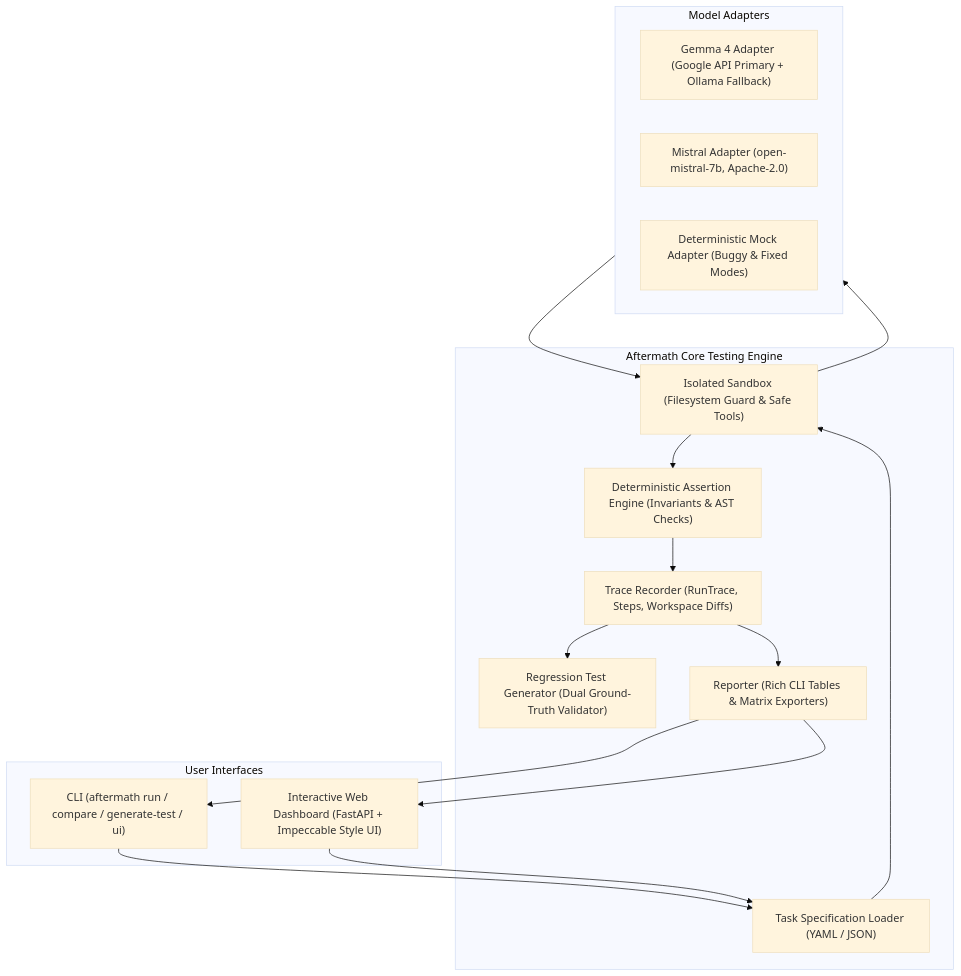
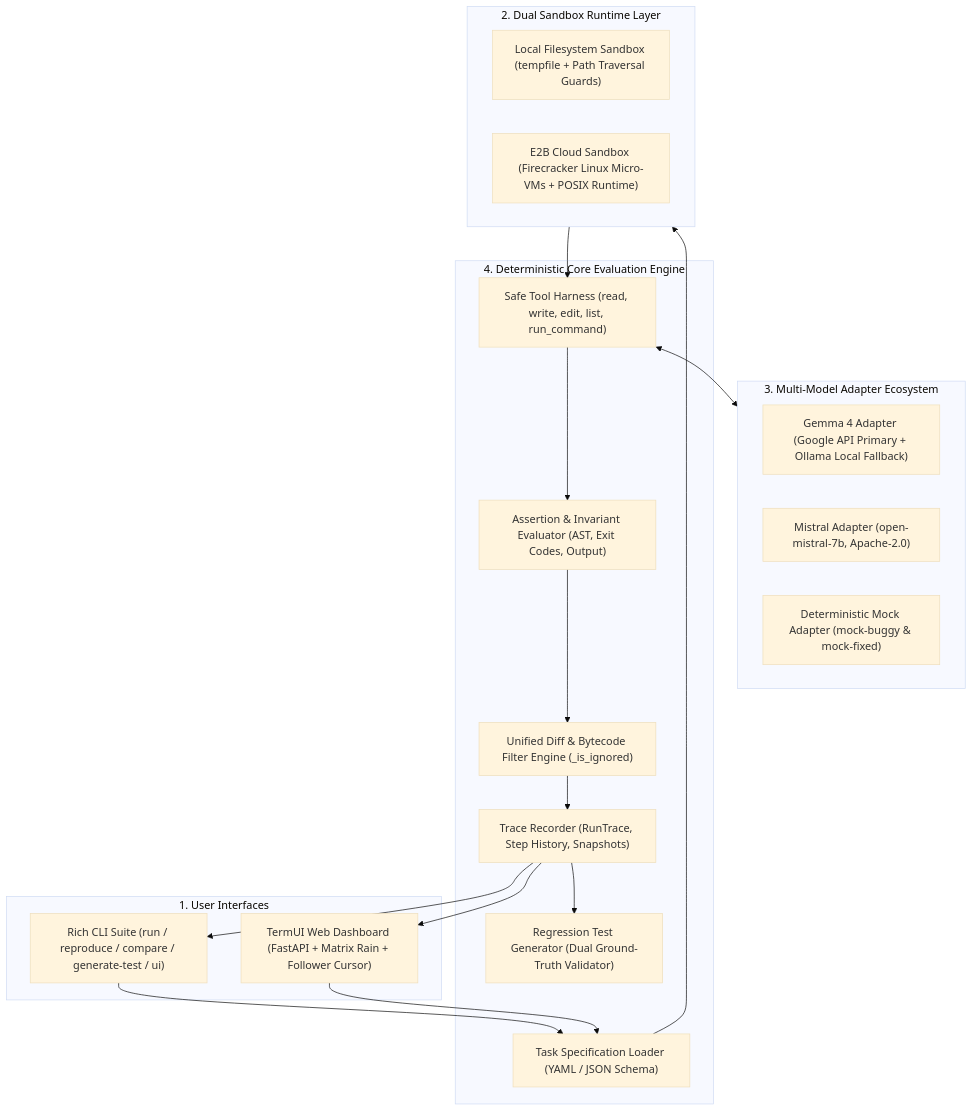
Before and after one commit to aviraL27/aftermath: the first of 4 diagrams in README.md, drawn with Mermaid (base theme). The commit also changed other lines of this file and 31 other files, not shown here.

Commit message:
feat: integrate E2B micro-VM sandbox, TermUI dashboard, and detailed architecture

````diff
--- a/README.md
+++ b/README.md
@@ -27,34 +23,39 @@
 ```mermaid
 flowchart TD
-    subgraph Interfaces ["User Interfaces"]
-        CLI["CLI (aftermath run / compare / generate-test / ui)"]
-        Dashboard["Interactive Web Dashboard (FastAPI + Impeccable Style UI)"]
+    subgraph Interfaces ["1. User Interfaces"]
+        CLI["Rich CLI Suite (run / reproduce / compare / generate-test / ui)"]
+        Dashboard["TermUI Web Dashboard (FastAPI + Matrix Rain + Follower Cursor)"]
     end
 
-    subgraph CoreEngine ["Aftermath Core Testing Engine"]
-        TaskDef["Task Specification Loader (YAML / JSON)"]
-        Sandbox["Isolated Sandbox (Filesystem Guard & Safe Tools)"]
-        AssertionEngine["Deterministic Assertion Engine (Invariants & AST Checks)"]
-        TraceRecorder["Trace Recorder (RunTrace, Steps, Workspace Diffs)"]
-        Generator["Regression Test Generator (Dual Ground-Truth Validator)"]
-        Reporter["Reporter (Rich CLI Tables & Matrix Exporters)"]
+    subgraph Sandboxes ["2. Dual Sandbox Runtime Layer"]
+        LocalSB["Local Filesystem Sandbox (tempfile + Path Traversal Guards)"]
+        E2BSB["E2B Cloud Sandbox (Firecracker Linux Micro-VMs + POSIX Runtime)"]
     end
 
-    subgraph Adapters ["Model Adapters"]
-        GemmaAdapter["Gemma 4 Adapter (Google API Primary + Ollama Fallback)"]
+    subgraph AgentLayer ["3. Multi-Model Adapter Ecosystem"]
+        GemmaAdapter["Gemma 4 Adapter (Google API Primary + Ollama Local Fallback)"]
         MistralAdapter["Mistral Adapter (open-mistral-7b, Apache-2.0)"]
-        MockAdapter["Deterministic Mock Adapter (Buggy & Fixed Modes)"]
+        MockAdapter["Deterministic Mock Adapter (mock-buggy & mock-fixed)"]
+    end
+
+    subgraph CoreEngine ["4. Deterministic Core Evaluation Engine"]
+        TaskDef["Task Specification Loader (YAML / JSON Schema)"]
+        ToolHarness["Safe Tool Harness (read, write, edit, list, run_command)"]
+        AssertionEngine["Assertion & Invariant Evaluator (AST, Exit Codes, Output)"]
+        DiffEngine["Unified Diff & Bytecode Filter Engine (_is_ignored)"]
+        TraceRecorder["Trace Recorder (RunTrace, Step History, Snapshots)"]
+        Generator["Regression Test Generator (Dual Ground-Truth Validator)"]
     end
 
     CLI --> TaskDef
     Dashboard --> TaskDef
-    TaskDef --> Sandbox
-    Sandbox --> Adapters
-    Adapters --> Sandbox
-    Sandbox --> AssertionEngine
-    AssertionEngine --> TraceRecorder
+    TaskDef --> Sandboxes
+    Sandboxes --> ToolHarness
+    ToolHarness <--> AgentLayer
+    ToolHarness --> AssertionEngine
+    AssertionEngine --> DiffEngine
+    DiffEngine --> TraceRecorder
     TraceRecorder --> Generator
-    TraceRecorder --> Reporter
-    Reporter --> CLI
-    Reporter --> Dashboard
+    TraceRecorder --> CLI
+    TraceRecorder --> Dashboard
 ```
````
